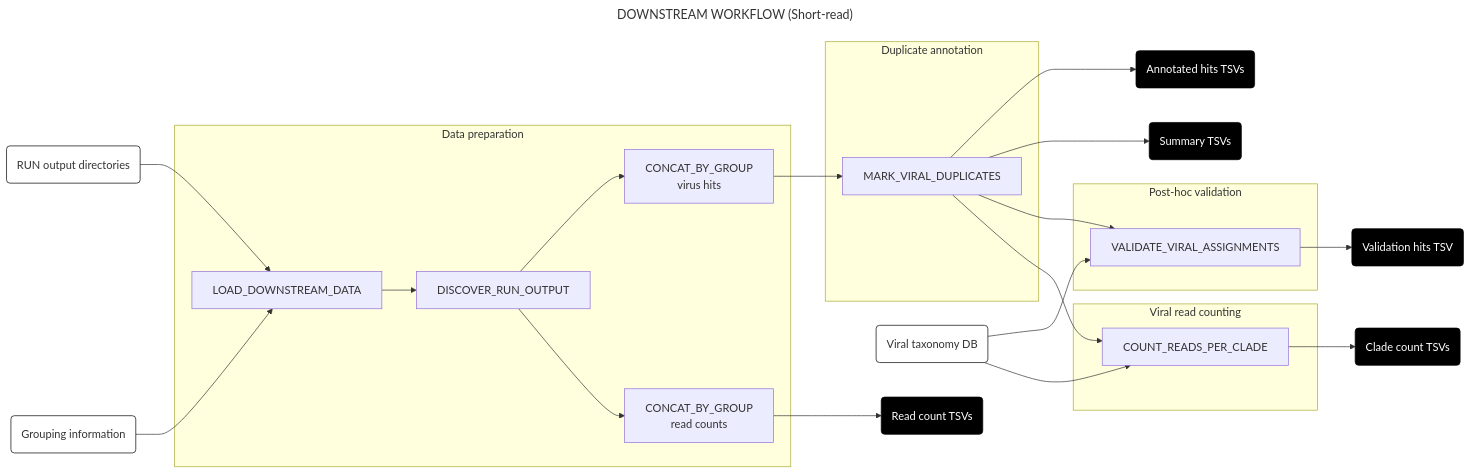
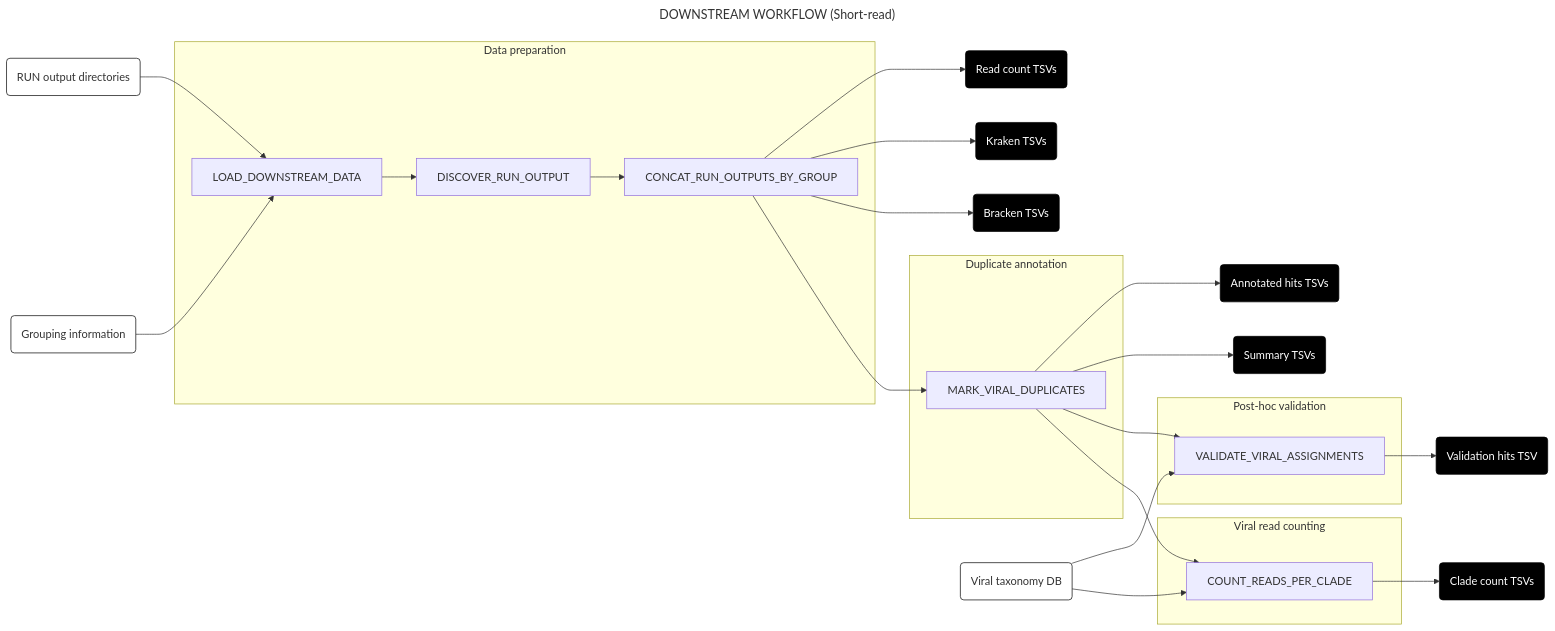
Before and after one commit to securebio/nao-mgs-workflow: the first of 10 diagrams in docs/downstream.md, drawn with Mermaid. The commit also changed other lines of this file and 14 other files, not shown here.

First line of the commit message:
Add group-level Kraken and Bracken outputs to DOWNSTREAM (#660)

````diff
--- a/docs/downstream.md
+++ b/docs/downstream.md
@@ -15,45 +15,47 @@
 ```mermaid
 ---
 title: DOWNSTREAM WORKFLOW (Short-read)
 config:
   layout: horizontal
 ---
 flowchart LR
 A(RUN output directories) & B(Grouping information) --> C[LOAD_DOWNSTREAM_DATA]
 C --> N[DISCOVER_RUN_OUTPUT]
-N --> D[CONCAT_BY_GROUP<br>virus hits]
-N --> R[CONCAT_BY_GROUP<br>read counts]
-R --> S(Read count TSVs)
-D --> E[MARK_VIRAL_DUPLICATES]
+N --> O[CONCAT_RUN_OUTPUTS_BY_GROUP]
+O --> S(Read count TSVs)
+O --> KR(Kraken TSVs)
+O --> BR(Bracken TSVs)
+O --> E[MARK_VIRAL_DUPLICATES]
 E --> J(Annotated hits TSVs)
 E --> K(Summary TSVs)
 E --> F[VALIDATE_VIRAL_ASSIGNMENTS]
 G(Viral taxonomy DB) --> F
 F --> H(Validation hits TSV)
 G --> L[COUNT_READS_PER_CLADE]
 E --> L
 L --> M(Clade count TSVs)
 subgraph "Data preparation"
 C
 N
-D
-R
+O
 end
 subgraph "Duplicate annotation"
 E
 end
 subgraph "Post-hoc validation"
 F
 end
 subgraph "Viral read counting"
 L
 end
 style A fill:#fff,stroke:#000
 style B fill:#fff,stroke:#000
 style G fill:#fff,stroke:#000
 style H fill:#000,color:#fff,stroke:#000
 style J fill:#000,color:#fff,stroke:#000
 style K fill:#000,color:#fff,stroke:#000
 style M fill:#000,color:#fff,stroke:#000
 style S fill:#000,color:#fff,stroke:#000
+style KR fill:#000,color:#fff,stroke:#000
+style BR fill:#000,color:#fff,stroke:#000
 ```
````
